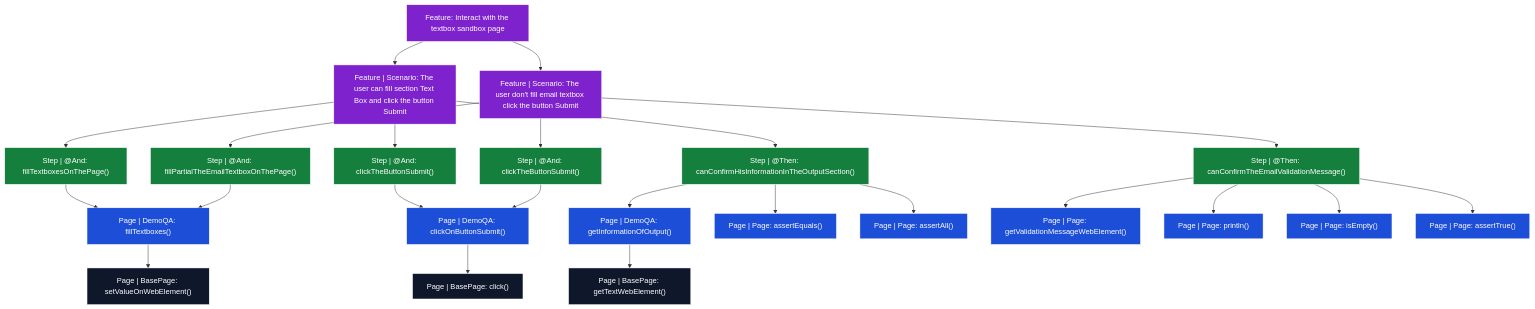
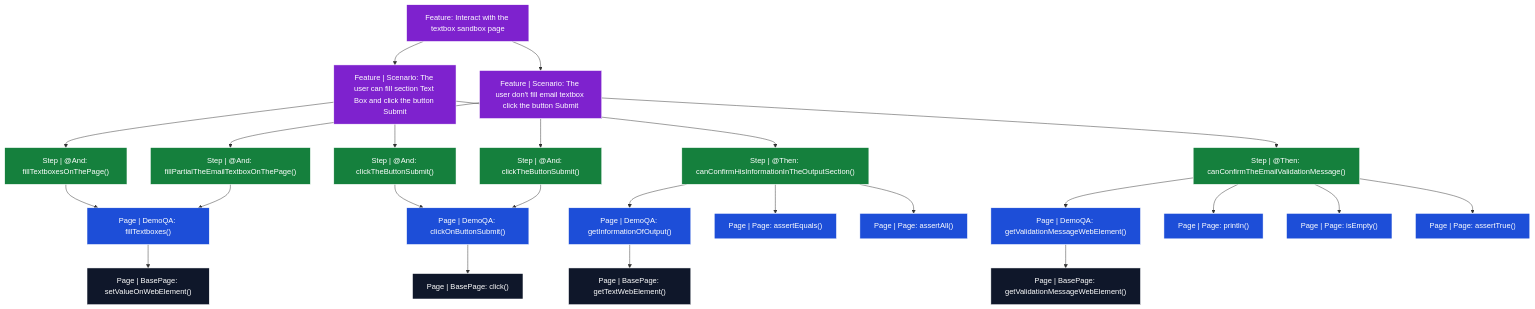
One commit to CarlosNaveda/base-page-automation changed the diagram in README.md. Above: the diagram before and after it, drawn with Mermaid. The commit also changed other lines of this file, not shown here.

Commit message:
docs: auto-update README con métodos de BasePage

````diff
--- a/README.md
+++ b/README.md
@@ -41,67 +41,70 @@
 ```mermaid
 flowchart TD
     feat_Interact_with_the_textbox_sandbox_page["Feature: Interact with the textbox sandbox page"]
     sc_Interact_with_the_textbox_sandbox_page_The_user_can_fill_section_Text_Box_and["Feature | Scenario: The user can fill section Text Box and click the button Submit"]
     feat_Interact_with_the_textbox_sandbox_page --> sc_Interact_with_the_textbox_sandbox_page_The_user_can_fill_section_Text_Box_and
     st_The_user_can_fill_section_Text_Box_and_click_the_button_Submit_fill_textboxes["Step | @And: fillTextboxesOnThePage()"]
     sc_Interact_with_the_textbox_sandbox_page_The_user_can_fill_section_Text_Box_and --> st_The_user_can_fill_section_Text_Box_and_click_the_button_Submit_fill_textboxes
     pm_fillTextboxes["Page | DemoQA: fillTextboxes()"]
     st_The_user_can_fill_section_Text_Box_and_click_the_button_Submit_fill_textboxes --> pm_fillTextboxes
     bp_setValueOnWebElement["Page | BasePage: setValueOnWebElement()"]
     pm_fillTextboxes --> bp_setValueOnWebElement
     st_The_user_can_fill_section_Text_Box_and_click_the_button_Submit_click_the_butt["Step | @And: clickTheButtonSubmit()"]
     sc_Interact_with_the_textbox_sandbox_page_The_user_can_fill_section_Text_Box_and --> st_The_user_can_fill_section_Text_Box_and_click_the_button_Submit_click_the_butt
     pm_clickOnButtonSubmit["Page | DemoQA: clickOnButtonSubmit()"]
     st_The_user_can_fill_section_Text_Box_and_click_the_button_Submit_click_the_butt --> pm_clickOnButtonSubmit
     bp_click["Page | BasePage: click()"]
     pm_clickOnButtonSubmit --> bp_click
     st_The_user_can_fill_section_Text_Box_and_click_the_button_Submit_can_confirm_hi["Step | @Then: canConfirmHisInformationInTheOutputSection()"]
     sc_Interact_with_the_textbox_sandbox_page_The_user_can_fill_section_Text_Box_and --> st_The_user_can_fill_section_Text_Box_and_click_the_button_Submit_can_confirm_hi
     pm_getInformationOfOutput["Page | DemoQA: getInformationOfOutput()"]
     st_The_user_can_fill_section_Text_Box_and_click_the_button_Submit_can_confirm_hi --> pm_getInformationOfOutput
     bp_getTextWebElement["Page | BasePage: getTextWebElement()"]
     pm_getInformationOfOutput --> bp_getTextWebElement
     pm_assertEquals["Page | Page: assertEquals()"]
     st_The_user_can_fill_section_Text_Box_and_click_the_button_Submit_can_confirm_hi --> pm_assertEquals
     pm_assertAll["Page | Page: assertAll()"]
     st_The_user_can_fill_section_Text_Box_and_click_the_button_Submit_can_confirm_hi --> pm_assertAll
     sc_Interact_with_the_textbox_sandbox_page_The_user_don_t_fill_email_textbox_clic["Feature | Scenario: The user don't fill email textbox click the button Submit"]
     feat_Interact_with_the_textbox_sandbox_page --> sc_Interact_with_the_textbox_sandbox_page_The_user_don_t_fill_email_textbox_clic
     st_The_user_don_t_fill_email_textbox_click_the_button_Submit_fill_partial_the_em["Step | @And: fillPartialTheEmailTextboxOnThePage()"]
     sc_Interact_with_the_textbox_sandbox_page_The_user_don_t_fill_email_textbox_clic --> st_The_user_don_t_fill_email_textbox_click_the_button_Submit_fill_partial_the_em
     st_The_user_don_t_fill_email_textbox_click_the_button_Submit_fill_partial_the_em --> pm_fillTextboxes
     st_The_user_don_t_fill_email_textbox_click_the_button_Submit_click_the_button_Su["Step | @And: clickTheButtonSubmit()"]
     sc_Interact_with_the_textbox_sandbox_page_The_user_don_t_fill_email_textbox_clic --> st_The_user_don_t_fill_email_textbox_click_the_button_Submit_click_the_button_Su
     st_The_user_don_t_fill_email_textbox_click_the_button_Submit_click_the_button_Su --> pm_clickOnButtonSubmit
     st_The_user_don_t_fill_email_textbox_click_the_button_Submit_can_confirm_the_ema["Step | @Then: canConfirmTheEmailValidationMessage()"]
     sc_Interact_with_the_textbox_sandbox_page_The_user_don_t_fill_email_textbox_clic --> st_The_user_don_t_fill_email_textbox_click_the_button_Submit_can_confirm_the_ema
-    pm_getValidationMessageWebElement["Page | Page: getValidationMessageWebElement()"]
+    pm_getValidationMessageWebElement["Page | DemoQA: getValidationMessageWebElement()"]
     st_The_user_don_t_fill_email_textbox_click_the_button_Submit_can_confirm_the_ema --> pm_getValidationMessageWebElement
+    bp_getValidationMessageWebElement["Page | BasePage: getValidationMessageWebElement()"]
+    pm_getValidationMessageWebElement --> bp_getValidationMessageWebElement
     pm_println["Page | Page: println()"]
     st_The_user_don_t_fill_email_textbox_click_the_button_Submit_can_confirm_the_ema --> pm_println
     pm_isEmpty["Page | Page: isEmpty()"]
     st_The_user_don_t_fill_email_textbox_click_the_button_Submit_can_confirm_the_ema --> pm_isEmpty
     pm_assertTrue["Page | Page: assertTrue()"]
     st_The_user_don_t_fill_email_textbox_click_the_button_Submit_can_confirm_the_ema --> pm_assertTrue
 style feat_Interact_with_the_textbox_sandbox_page fill:#7E22CE,color:#fff,stroke:#fff
 style sc_Interact_with_the_textbox_sandbox_page_The_user_can_fill_section_Text_Box_and fill:#7E22CE,color:#fff,stroke:#fff
 style st_The_user_can_fill_section_Text_Box_and_click_the_button_Submit_fill_textboxes fill:#15803D,color:#fff,stroke:#fff
 style pm_fillTextboxes fill:#1D4ED8,color:#fff,stroke:#fff
 style bp_setValueOnWebElement fill:#0F172A,color:#fff,stroke:#fff
 style st_The_user_can_fill_section_Text_Box_and_click_the_button_Submit_click_the_butt fill:#15803D,color:#fff,stroke:#fff
 style pm_clickOnButtonSubmit fill:#1D4ED8,color:#fff,stroke:#fff
 style bp_click fill:#0F172A,color:#fff,stroke:#fff
 style st_The_user_can_fill_section_Text_Box_and_click_the_button_Submit_can_confirm_hi fill:#15803D,color:#fff,stroke:#fff
 style pm_getInformationOfOutput fill:#1D4ED8,color:#fff,stroke:#fff
 style bp_getTextWebElement fill:#0F172A,color:#fff,stroke:#fff
 style pm_assertEquals fill:#1D4ED8,color:#fff,stroke:#fff
 style pm_assertAll fill:#1D4ED8,color:#fff,stroke:#fff
 style sc_Interact_with_the_textbox_sandbox_page_The_user_don_t_fill_email_textbox_clic fill:#7E22CE,color:#fff,stroke:#fff
 style st_The_user_don_t_fill_email_textbox_click_the_button_Submit_fill_partial_the_em fill:#15803D,color:#fff,stroke:#fff
 style st_The_user_don_t_fill_email_textbox_click_the_button_Submit_click_the_button_Su fill:#15803D,color:#fff,stroke:#fff
 style st_The_user_don_t_fill_email_textbox_click_the_button_Submit_can_confirm_the_ema fill:#15803D,color:#fff,stroke:#fff
 style pm_getValidationMessageWebElement fill:#1D4ED8,color:#fff,stroke:#fff
+style bp_getValidationMessageWebElement fill:#0F172A,color:#fff,stroke:#fff
 style pm_println fill:#1D4ED8,color:#fff,stroke:#fff
 style pm_isEmpty fill:#1D4ED8,color:#fff,stroke:#fff
 style pm_assertTrue fill:#1D4ED8,color:#fff,stroke:#fff
 ```
````
